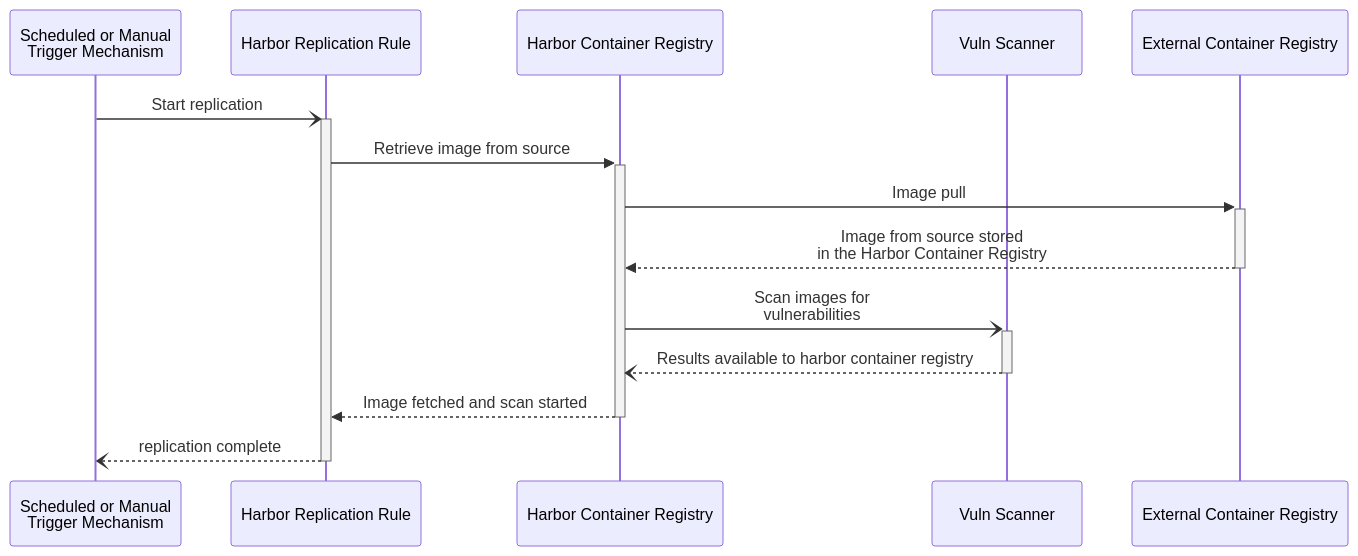
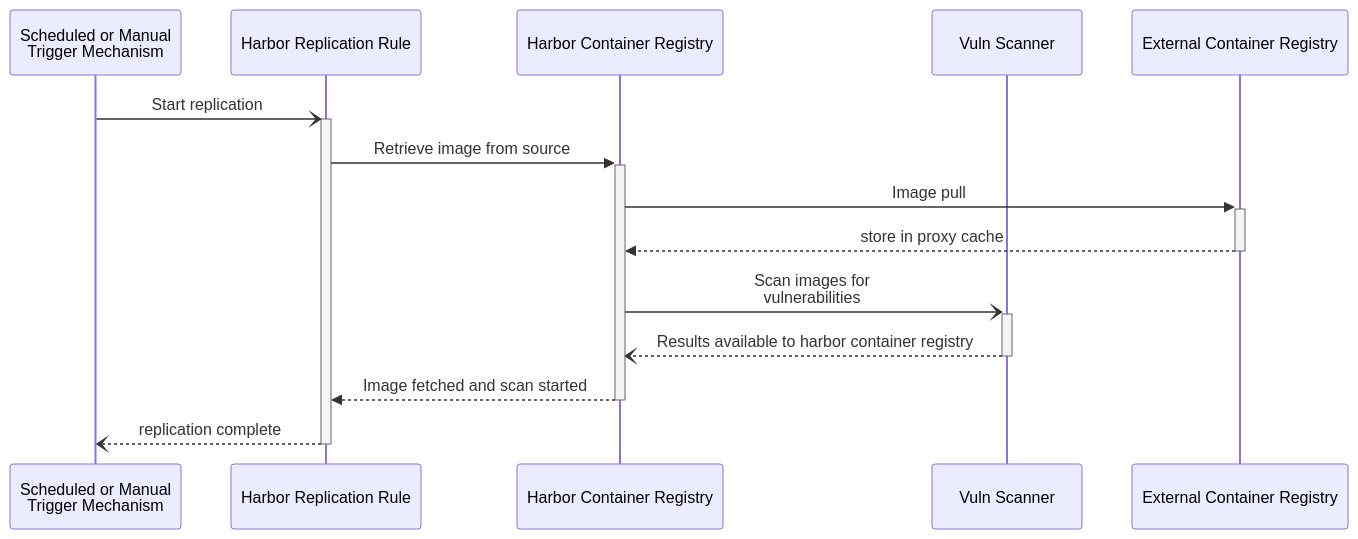
Before and after one commit to retaildevcrews/ngsa-asb: the third of 5 diagrams in spikes/harbor/harborflows.md, drawn with Mermaid. The commit also changed other lines of this file, not shown here.

Commit message:
updated image push

````diff
--- a/spikes/harbor/harborflows.md
+++ b/spikes/harbor/harborflows.md
@@ -70,18 +70,17 @@
 ```mermaid
 sequenceDiagram
     participant action  as Scheduled or Manual <br> Trigger Mechanism
     participant replicator  as Harbor Replication Rule
     participant hrCache as Harbor Container Registry
     participant scan    as Vuln Scanner
     participant ecr     as External Container Registry
     
-    action      -)+ replicator: Start replication
-    replicator  ->>+ hrCache: Retrieve image from source
-    hrCache     ->>+ ecr: Image pull
-    ecr         -->>- hrCache: Image from source stored <br> in the Harbor Container Registry
-    hrCache -)+ scan: Scan images for <br> vulnerabilities
-    scan    --)- hrCache: Results available to harbor container registry
-    hrCache -->>- replicator: Image fetched and scan started
-
-    replicator --)- action: replication complete
+    action        -)+ replicator: Start replication
+    replicator   ->>+ hrCache: Retrieve image from source
+    hrCache      ->>+ ecr: Image pull
+    ecr         -->>- hrCache: store in proxy cache
+    hrCache       -)+ scan: Scan images for <br> vulnerabilities
+    scan         --)- hrCache: Results available to harbor container registry
+    hrCache     -->>- replicator: Image fetched and scan started
+    replicator   --)- action: replication complete
 ```
````
